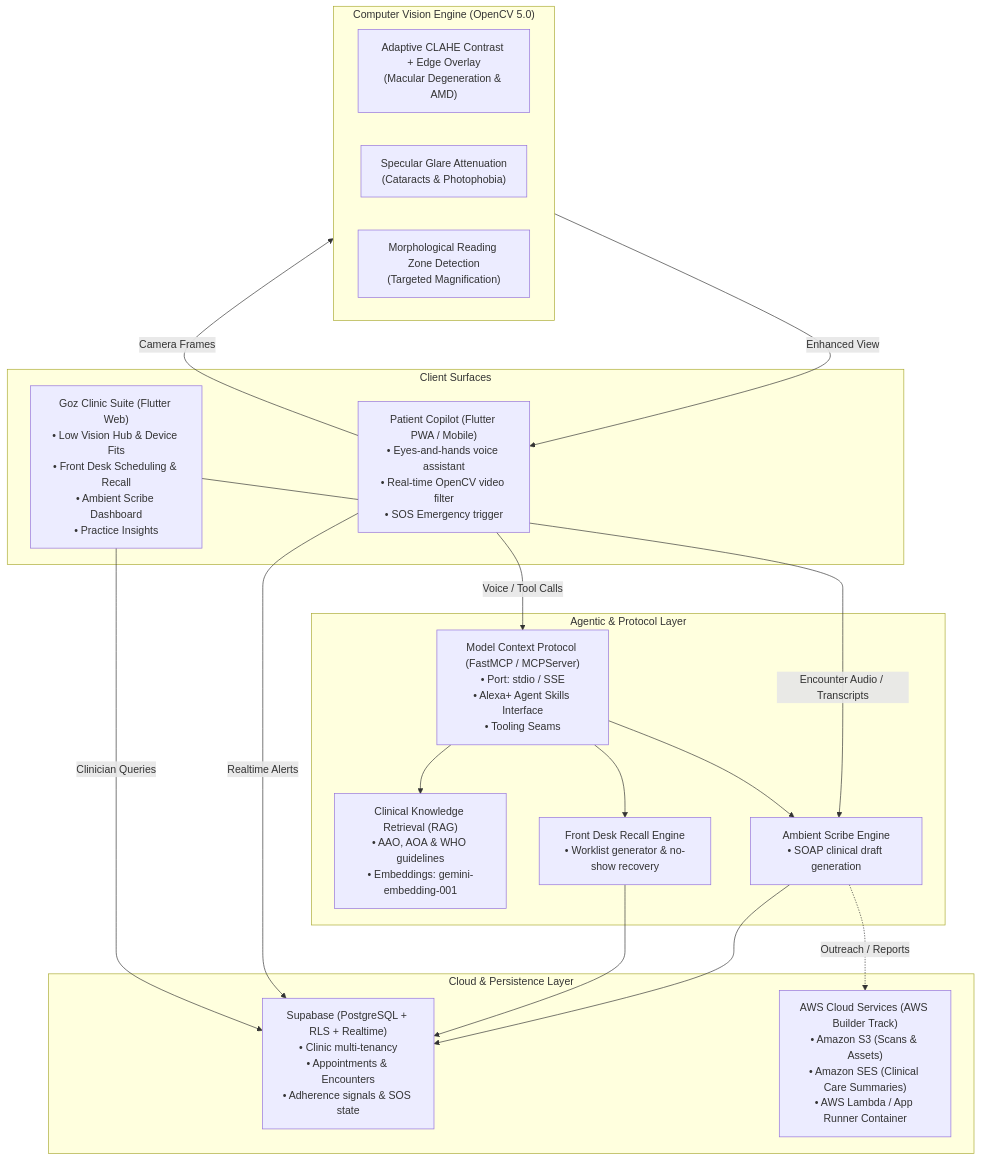
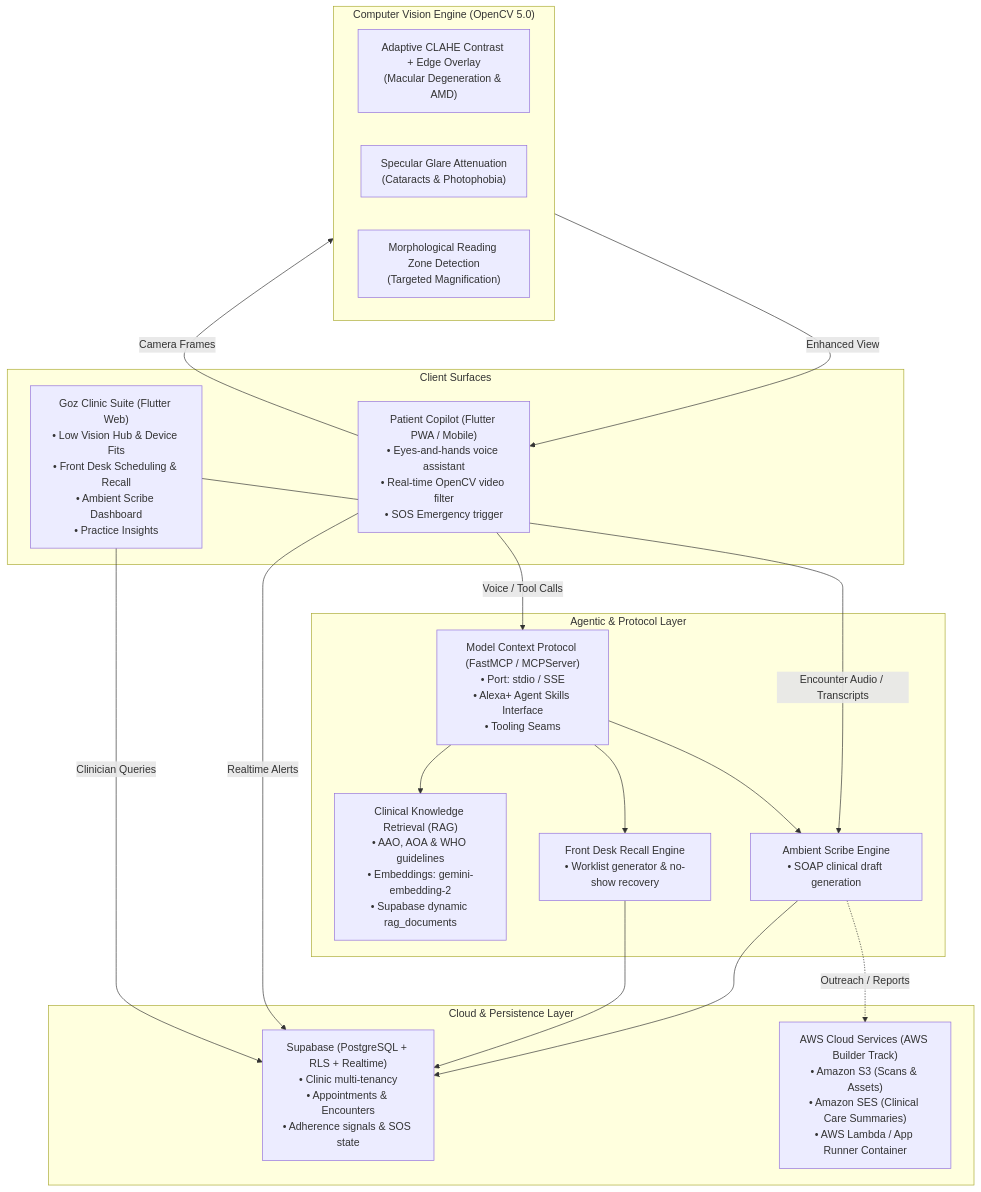
Before and after one commit to Kryptopacy/gozvision: the diagram in docs/ARCHITECTURE.md, drawn with Mermaid. The commit also changed other lines of this file and 13 other files, not shown here.

````diff
--- a/docs/ARCHITECTURE.md
+++ b/docs/ARCHITECTURE.md
@@ -5,38 +5,38 @@
 ```mermaid
 flowchart TB
     subgraph ClientSurfaces["Client Surfaces"]
         B2C["Patient Copilot (Flutter PWA / Mobile)<br/>• Eyes-and-hands voice assistant<br/>• Real-time OpenCV video filter<br/>• SOS Emergency trigger"]
         B2B["Goz Clinic Suite (Flutter Web)<br/>• Low Vision Hub & Device Fits<br/>• Front Desk Scheduling & Recall<br/>• Ambient Scribe Dashboard<br/>• Practice Insights"]
     end
 
     subgraph EdgeVision["Computer Vision Engine (OpenCV 5.0)"]
         CV_Contrast["Adaptive CLAHE Contrast + Edge Overlay<br/>(Macular Degeneration & AMD)"]
         CV_Glare["Specular Glare Attenuation<br/>(Cataracts & Photophobia)"]
         CV_Text["Morphological Reading Zone Detection<br/>(Targeted Magnification)"]
     end
 
     subgraph AgenticCore["Agentic & Protocol Layer"]
         MCP["Model Context Protocol (FastMCP / MCPServer)<br/>• Port: stdio / SSE<br/>• Alexa+ Agent Skills Interface<br/>• Tooling Seams"]
-        RAG["Clinical Knowledge Retrieval (RAG)<br/>• AAO, AOA & WHO guidelines<br/>• Embeddings: gemini-embedding-001"]
+        RAG["Clinical Knowledge Retrieval (RAG)<br/>• AAO, AOA & WHO guidelines<br/>• Embeddings: gemini-embedding-2<br/>• Supabase dynamic rag_documents"]
         SCRIBE["Ambient Scribe Engine<br/>• SOAP clinical draft generation"]
         RECALL["Front Desk Recall Engine<br/>• Worklist generator & no-show recovery"]
     end
 
     subgraph DataCloud["Cloud & Persistence Layer"]
         SUPABASE["Supabase (PostgreSQL + RLS + Realtime)<br/>• Clinic multi-tenancy<br/>• Appointments & Encounters<br/>• Adherence signals & SOS state"]
         AWS_STAGING["AWS Cloud Services (AWS Builder Track)<br/>• Amazon S3 (Scans & Assets)<br/>• Amazon SES (Clinical Care Summaries)<br/>• AWS Lambda / App Runner Container"]
     end
 
     B2C -->|Camera Frames| EdgeVision
     EdgeVision -->|Enhanced View| B2C
     B2C -->|Voice / Tool Calls| MCP
     B2B -->|Encounter Audio / Transcripts| SCRIBE
     MCP --> RAG
     MCP --> SCRIBE
     MCP --> RECALL
     SCRIBE --> SUPABASE
     RECALL --> SUPABASE
     B2C -->|Realtime Alerts| SUPABASE
     B2B -->|Clinician Queries| SUPABASE
     SCRIBE -.->|Outreach / Reports| AWS_STAGING
 ```
````
